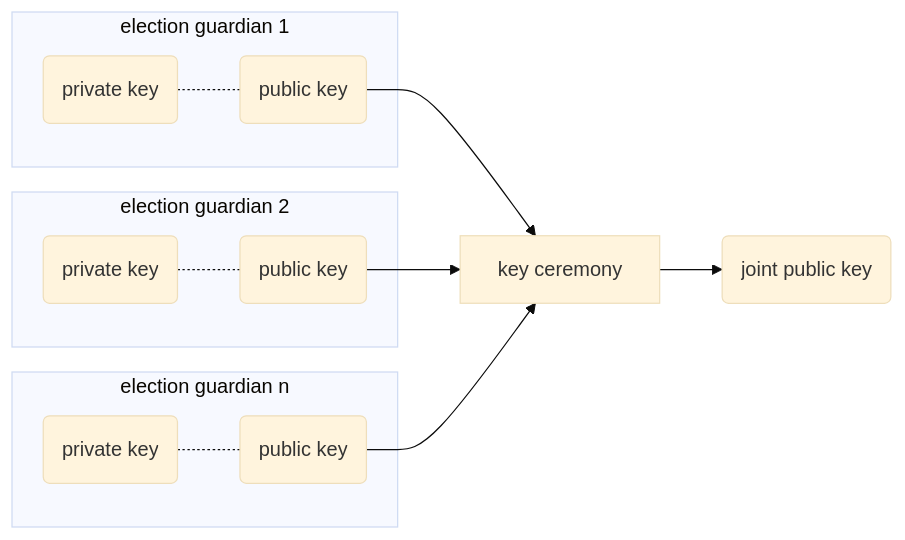
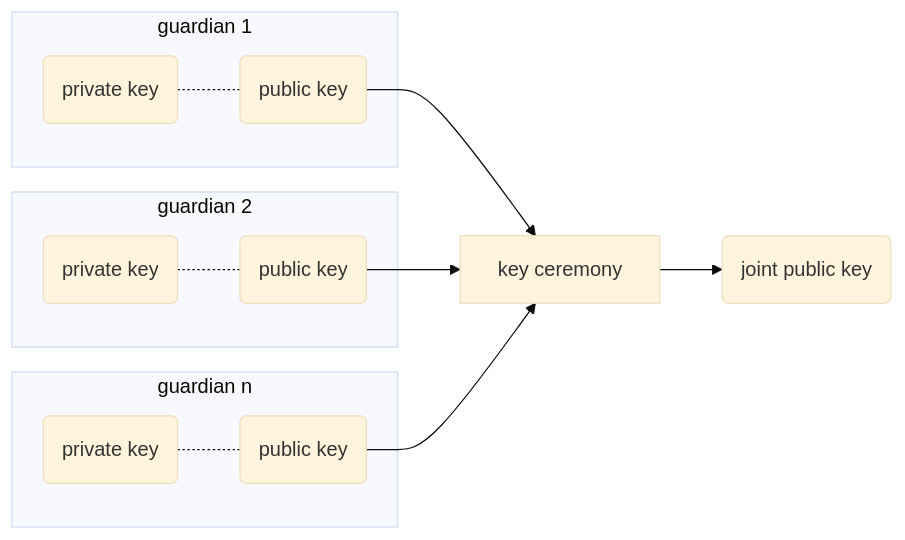
The third of 6 diagrams in docs/overview/Glossary.md (Election-Tech-Initiative/electionguard), drawn with Mermaid (base theme) before and after one commit. The commit also changed other lines of this file, not shown here.

````diff
--- a/docs/overview/Glossary.md
+++ b/docs/overview/Glossary.md
@@ -198,13 +171,13 @@
 ```mermaid
     graph LR
     a2 & b2 & c2 --> jk1[key ceremony] --> jk2(joint public key)
-    subgraph eg1[election guardian 1]
+    subgraph eg1[guardian 1]
     a1(private key) -.- a2(public key)
     end
-    subgraph eg2[election guardian 2]
+    subgraph eg2[guardian 2]
     b1(private key) -.- b2(public key)
     end
-    subgraph eg3[election guardian n]
+    subgraph eg3[guardian n]
     c1(private key)  -.- c2(public key)
     end
 ```
````
